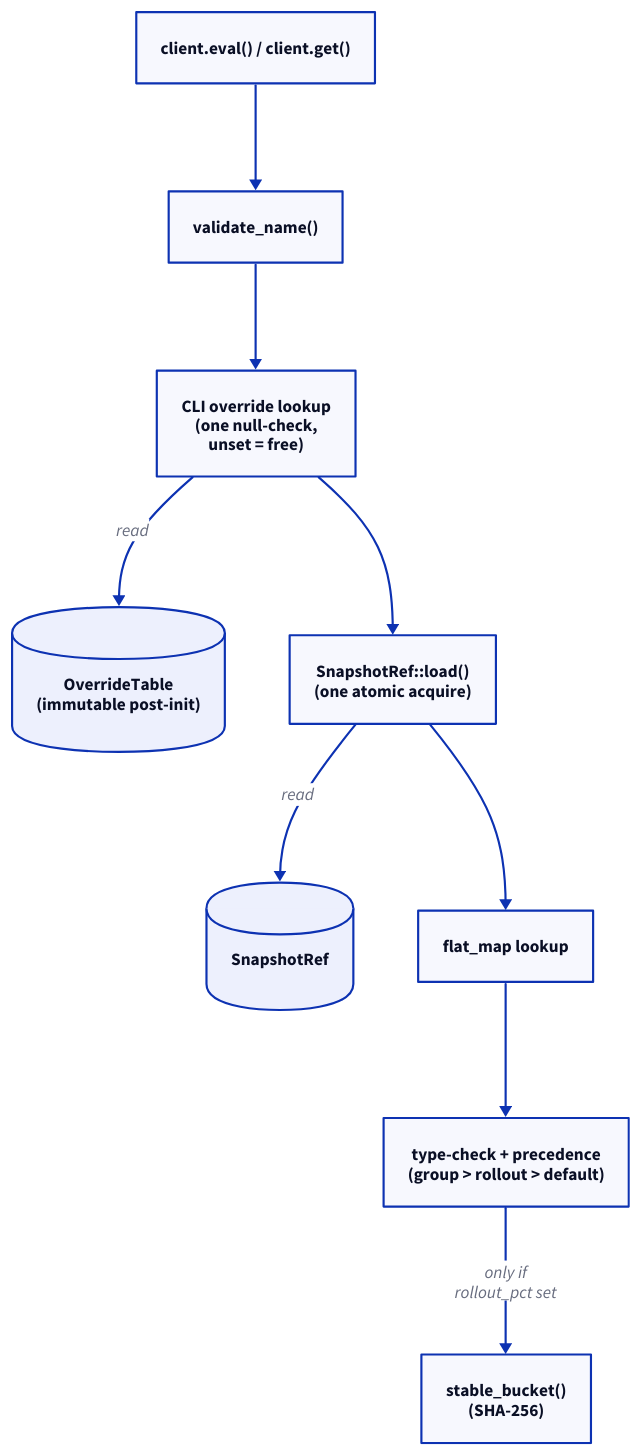
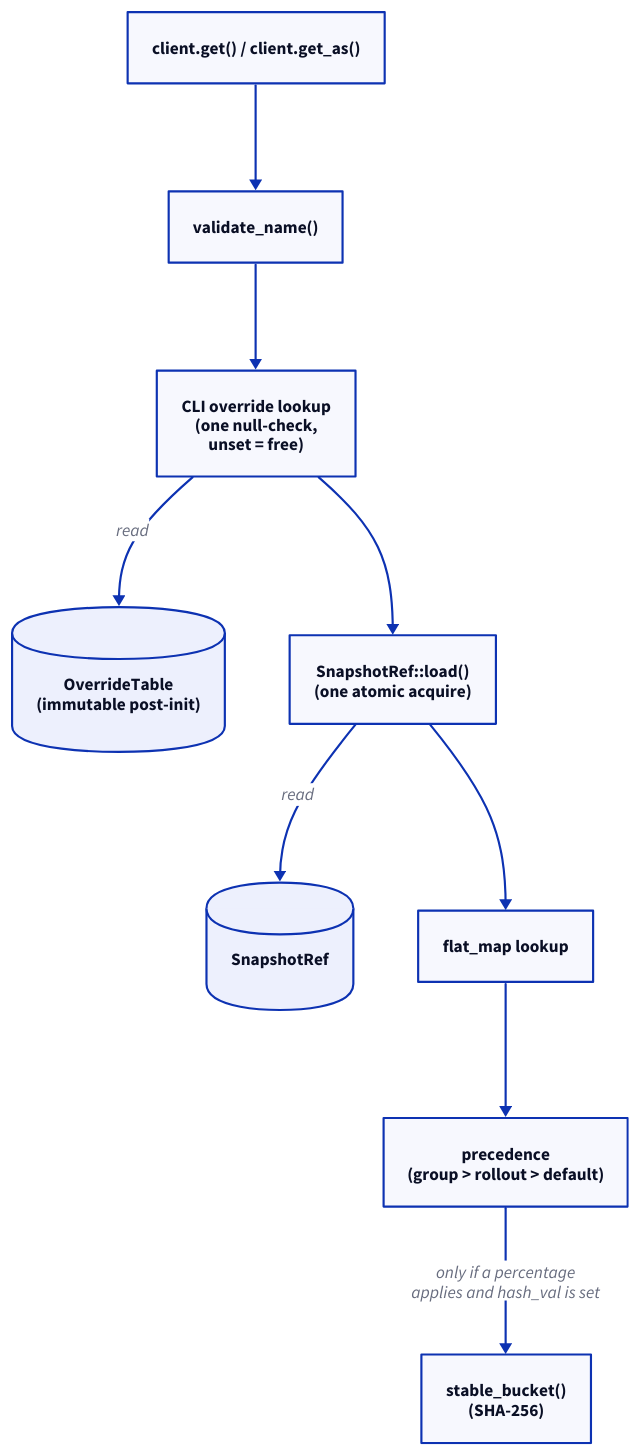
One commit to Kronuz/Detent changed the diagram in diagrams/04_read_path.d2. Above: the diagram before and after it, drawn with D2. The commit also changed 7 other files, not shown here.

First line of the commit message:
one-knob-type: reference pages and read-path diagram on get

```diff
--- a/diagrams/04_read_path.d2
+++ b/diagrams/04_read_path.d2
@@ -1,44 +1,44 @@
 # Section 6: the read path. One flow, top to bottom -- no branching
-# except the two entry points (eval/get) which converge immediately.
+# except the two entry points (get/get_as) which converge immediately.
 direction: down
 
-app: "client.eval() / client.get()" {
+app: "client.get() / client.get_as()" {
   shape: rectangle
 }
 
 validate: validate_name() {
   shape: rectangle
 }
 
 override: CLI override lookup\n(one null-check,\nunset = free) {
   shape: rectangle
 }
 
 overrides_store: OverrideTable\n(immutable post-init) {
   shape: cylinder
 }
 
 load: SnapshotRef::load()\n(one atomic acquire) {
   shape: rectangle
 }
 
 snap_store: SnapshotRef {
   shape: cylinder
 }
 
 lookup: flat_map lookup {
   shape: rectangle
 }
 
-precedence: type-check + precedence\n(group > rollout > default) {
+precedence: precedence\n(group > rollout > default) {
   shape: rectangle
 }
 
 hashing: stable_bucket()\n(SHA-256) {
   shape: rectangle
 }
 
 app -> validate -> override -> load -> lookup -> precedence
 override -> overrides_store: "read"
 load -> snap_store: "read"
-precedence -> hashing: "only if\nrollout_pct set"
+precedence -> hashing: "only if a percentage\napplies and hash_val is set"
```
